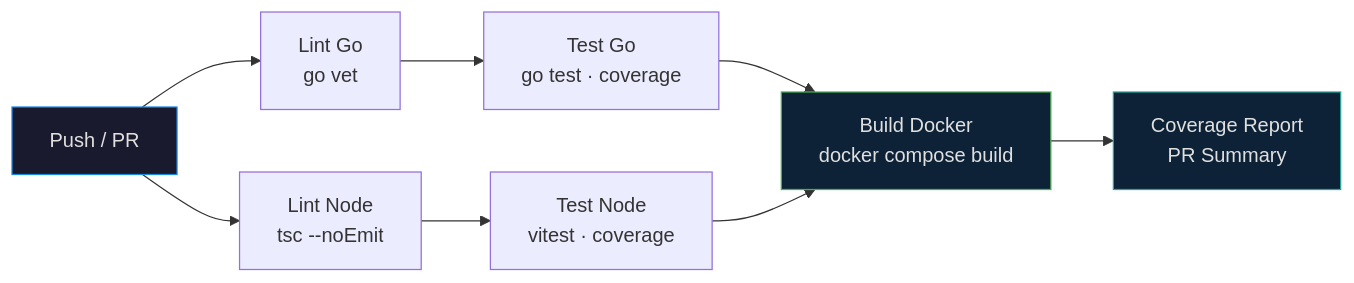
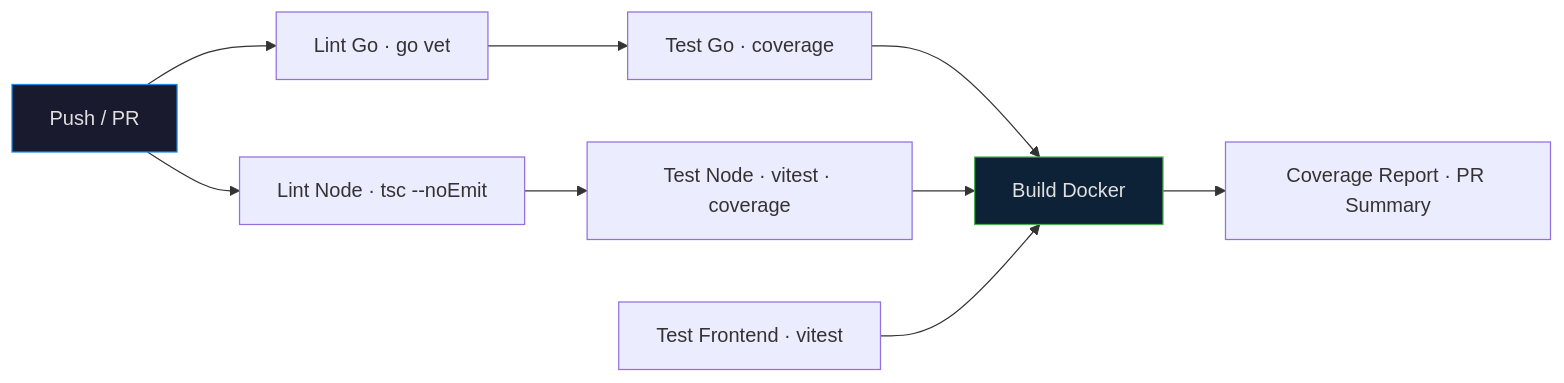
Before and after one commit to gacc94/coding-challenge: the second of 2 diagrams in README.md, drawn with Mermaid. The commit also changed other lines of this file and 68 other files, not shown here.

````diff
--- a/README.md
+++ b/README.md
@@ -90,17 +123,17 @@
 ```mermaid
 graph LR
-    Push["Push / PR"] --> LintGo["Lint Go<br/>go vet"]
-    Push --> LintNode["Lint Node<br/>tsc --noEmit"]
+    Push["Push / PR"] --> LintGo["Lint Go · go vet"]
+    Push --> LintNode["Lint Node · tsc --noEmit"]
 
-    LintGo --> TestGo["Test Go<br/>go test · coverage"]
-    LintNode --> TestNode["Test Node<br/>vitest · coverage"]
+    LintGo --> TestGo["Test Go · coverage"]
+    LintNode --> TestNode["Test Node · vitest · coverage"]
 
-    TestGo --> Build["Build Docker<br/>docker compose build"]
+    TestGo --> Build["Build Docker"]
     TestNode --> Build
+    TestFrontend["Test Frontend · vitest"] --> Build
 
-    Build --> Report["Coverage Report<br/>PR Summary"]
+    Build --> Report["Coverage Report · PR Summary"]
 
     style Push fill:#1a1a2e,stroke:#1e88e5,color:#e0e0e0
     style Build fill:#0d2137,stroke:#4caf50,color:#e0e0e0
-    style Report fill:#0d2137,stroke:#26a69a,color:#e0e0e0
 ```
````
